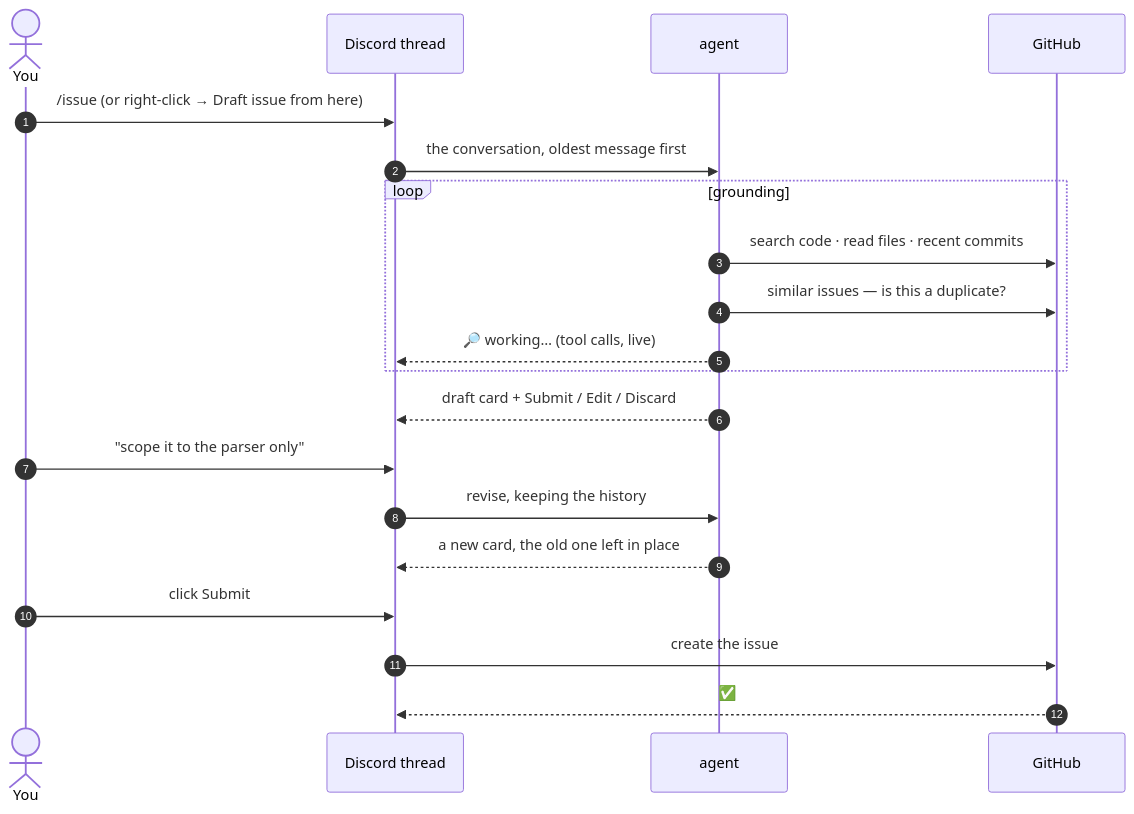
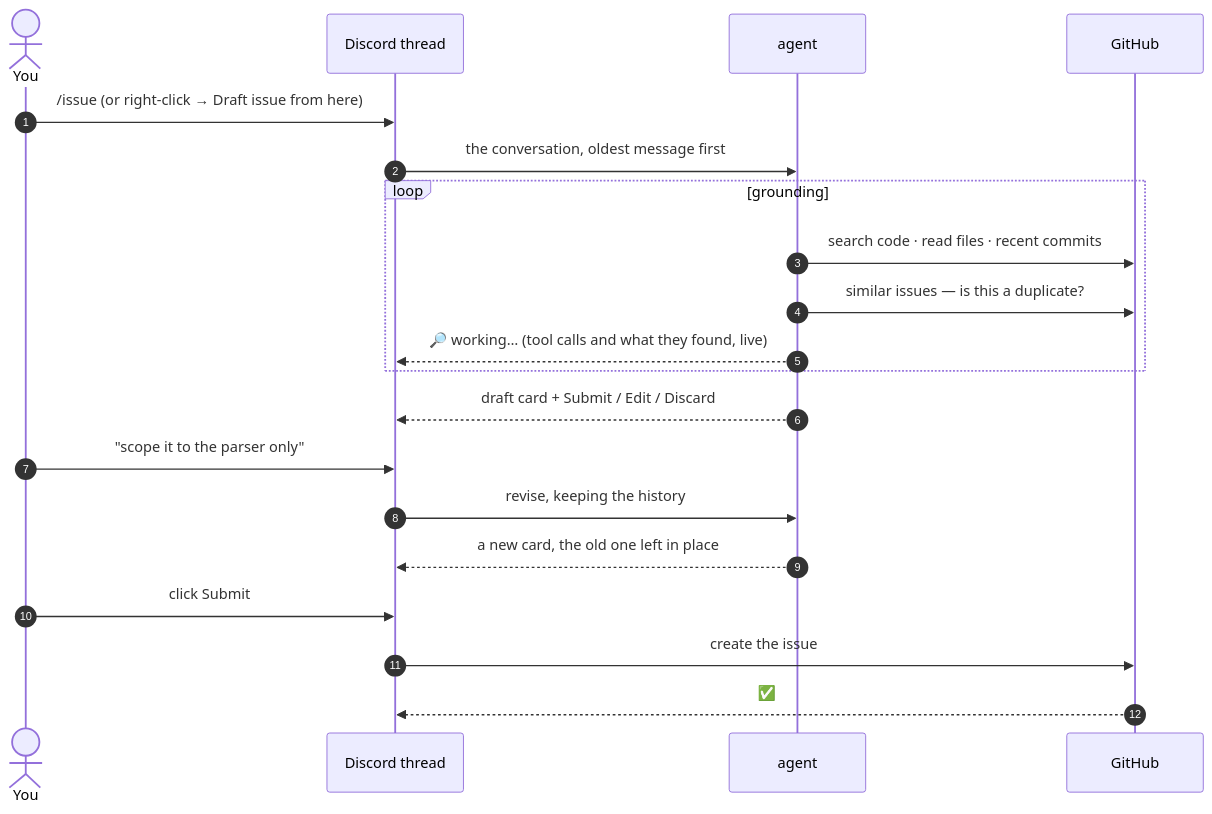
Before and after one commit to ranqialabs/workspace: the diagram in docs/issues.md, drawn with Mermaid. The commit also changed other lines of this file and 3 other files, not shown here.

Commit message:
feat: show tool call arguments and results in the live draft status (closes #4)

````diff
--- a/docs/issues.md
+++ b/docs/issues.md
@@ -23,23 +23,23 @@
 ```mermaid
 sequenceDiagram
   autonumber
   actor You
   participant D as Discord thread
   participant A as agent
   participant GH as GitHub
 
   You->>D: /issue (or right-click → Draft issue from here)
   D->>A: the conversation, oldest message first
   loop grounding
     A->>GH: search code · read files · recent commits
     A->>GH: similar issues — is this a duplicate?
-    A-->>D: 🔎 working… (tool calls, live)
+    A-->>D: 🔎 working… (tool calls and what they found, live)
   end
   A-->>D: draft card + Submit / Edit / Discard
   You->>D: "scope it to the parser only"
   D->>A: revise, keeping the history
   A-->>D: a new card, the old one left in place
   You->>D: click Submit
   D->>GH: create the issue
   GH-->>D: ✅ #123 created
 ```
````
